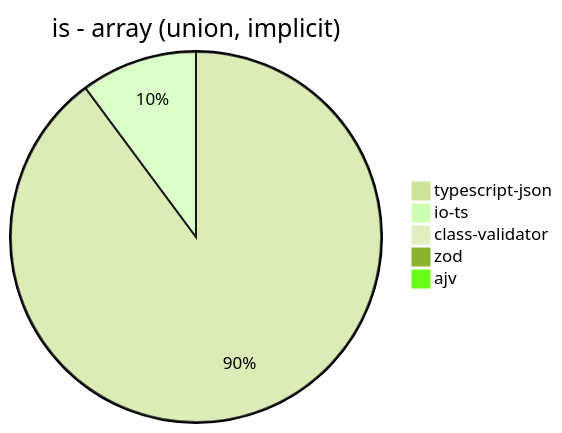
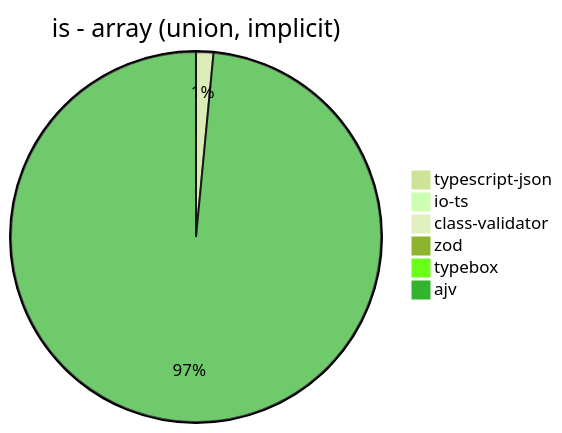
One commit to samchon/typia changed the seventh of 39 diagrams in benchmark/results/AMD Ryzen 7 5800H with Radeon Graphics.md. Above: the diagram before and after it, drawn with Mermaid (forest theme). The commit also changed other lines of this file and 6 other files, not shown here.

````diff
--- a/benchmark/results/AMD Ryzen 7 5800H with Radeon Graphics.md
+++ b/benchmark/results/AMD Ryzen 7 5800H with Radeon Graphics.md
@@ -81,8 +87,9 @@
 ```mermaid
 pie title is - array (union, implicit)
-  "typescript-json": 4031.3718210506777
-  "io-ts": 456.0561299852289
-  "class-validator": 8.767123287671234
-  "zod": 3.777861730260673
-  "ajv": 0
+  "typescript-json": 3712.7172918572737
+  "io-ts": 454.3400489549991
+  "class-validator": 8.281192491718807
+  "zod": 3.763643206624012
+  "typebox": 2300.5096468875136
+  "ajv": 241564.039408867
 ```
````
